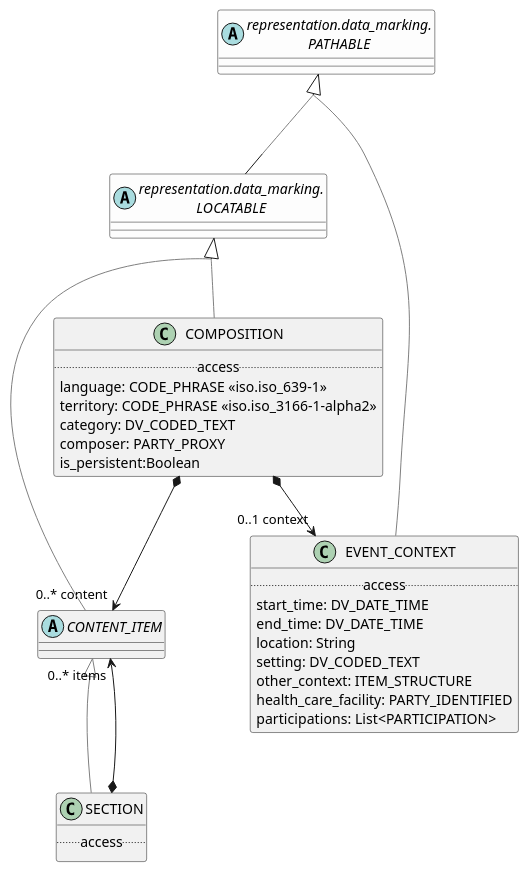
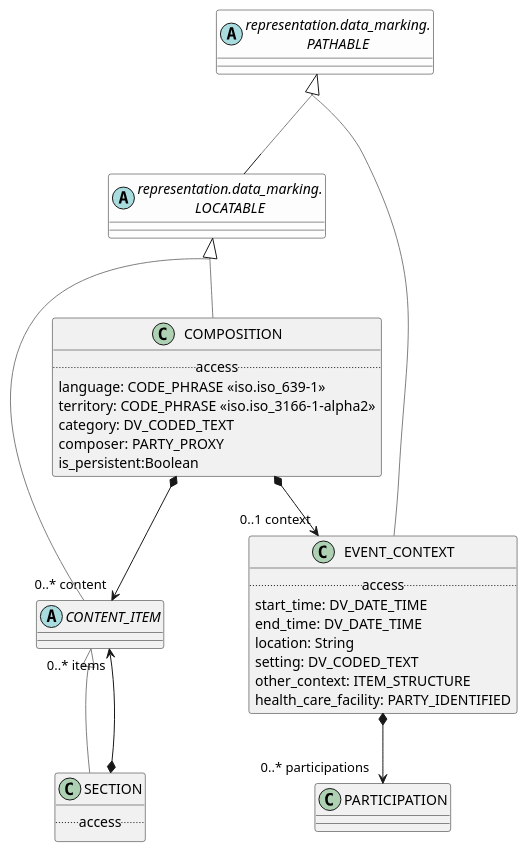
Before and after one commit to wolandscat/openehr-doc: the diagram in modules/ROOT/examples/bmm/foundation/subject_record/composition/composition-package-uml.adoc, drawn with PlantUML. The commit also changed 30 other files, not shown here.

```diff
--- a/modules/ROOT/examples/bmm/foundation/subject_record/composition/composition-package-uml.adoc
+++ b/modules/ROOT/examples/bmm/foundation/subject_record/composition/composition-package-uml.adoc
@@ -3,58 +3,59 @@
 [plantuml,opts=interactive,link=self]
 ....
 skinparam groupInheritance 2
 skinparam citedClassColor #FDFDFD
 
 
 LOCATABLE -[#gray]up-|> PATHABLE  
 
 class COMPOSITION [[/openehr-doc/latest/foundation/subject_record-gen.html#_class_composition]] {
         .. access ..
         language: CODE_PHRASE «iso.iso_639-1»
         territory: CODE_PHRASE «iso.iso_3166-1-alpha2»
         category: DV_CODED_TEXT
         composer: PARTY_PROXY
         is_persistent:Boolean
 }
 
 COMPOSITION -[#gray]up-|> LOCATABLE  
 
 
 COMPOSITION *--> "0..1 context" EVENT_CONTEXT
 
 COMPOSITION *--> "0..* content" CONTENT_ITEM
 
 class SECTION [[/openehr-doc/latest/foundation/subject_record-gen.html#_class_section]] {
         .. access ..
 }
 
 SECTION -[#gray]up-|> CONTENT_ITEM  
 
 
 SECTION *--> "0..* items" CONTENT_ITEM
 
 class EVENT_CONTEXT [[/openehr-doc/latest/foundation/subject_record-gen.html#_class_event_context]] {
         .. access ..
         start_time: DV_DATE_TIME
         end_time: DV_DATE_TIME
         location: String
         setting: DV_CODED_TEXT
         other_context: ITEM_STRUCTURE
         health_care_facility: PARTY_IDENTIFIED
-        participations: List<PARTICIPATION>
 }
 
 EVENT_CONTEXT -[#gray]up-|> PATHABLE  
 
+
+EVENT_CONTEXT *--> "0..* participations" PARTICIPATION
 
 abstract class CONTENT_ITEM [[/openehr-doc/latest/foundation/subject_record-gen.html#_class_content_item]] {
 }
 
 CONTENT_ITEM -[#gray]up-|> LOCATABLE  
 
 abstract class "representation.data_marking.\nLOCATABLE" as LOCATABLE  [[/openehr-doc/latest/representation/data_marking-gen.html#_class_locatable]] #FDFDFD {
 }
 abstract class "representation.data_marking.\nPATHABLE" as PATHABLE  [[/openehr-doc/latest/representation/data_marking-gen.html#_class_pathable]] #FDFDFD {
 }
 
 ....
```
